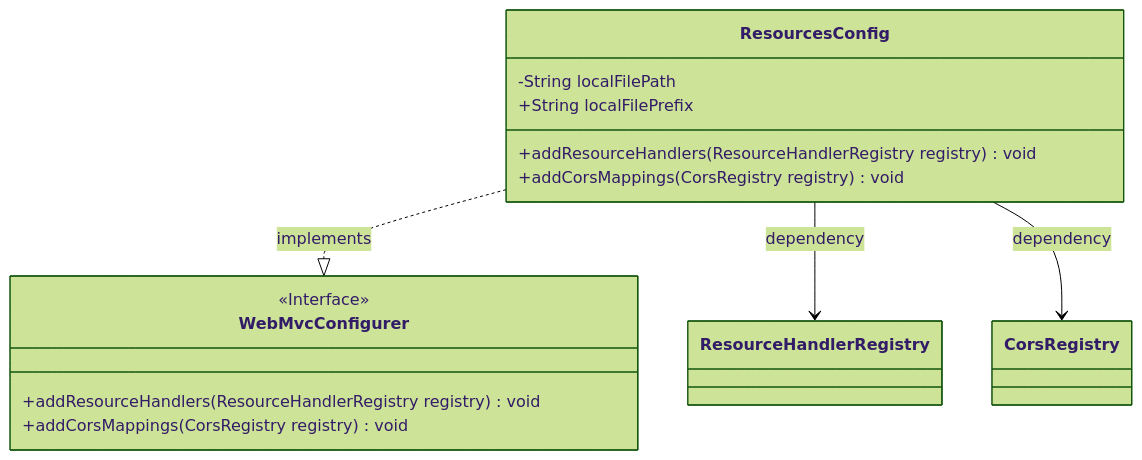
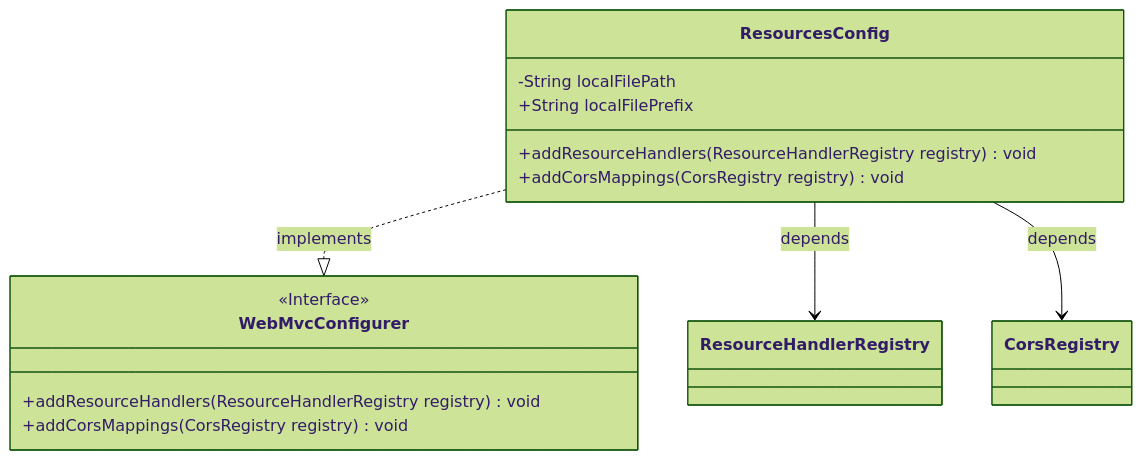
One commit to v-wjrong/imrrong_weixin-java-miniapp-demo changed the first of 2 diagrams in docs/en/docs/src/main/java/com/github/binarywang/demo/wx/miniapp/config/ResourcesConfig.md. Above: the diagram before and after it, drawn with Mermaid (forest theme). The commit also changed other lines of this file and 37 other files, not shown here.

````diff
--- a/docs/en/docs/src/main/java/com/github/binarywang/demo/wx/miniapp/config/ResourcesConfig.md
+++ b/docs/en/docs/src/main/java/com/github/binarywang/demo/wx/miniapp/config/ResourcesConfig.md
@@ -36,19 +36,19 @@
 ```mermaid
 classDiagram
     class ResourcesConfig {
         -String localFilePath
         +String localFilePrefix
         +addResourceHandlers(ResourceHandlerRegistry registry) void
         +addCorsMappings(CorsRegistry registry) void
     }
 
     class WebMvcConfigurer {
         <<Interface>>
         +addResourceHandlers(ResourceHandlerRegistry registry) void
         +addCorsMappings(CorsRegistry registry) void
     }
 
     ResourcesConfig ..|> WebMvcConfigurer : implements
-    ResourcesConfig --> ResourceHandlerRegistry : dependency
-    ResourcesConfig --> CorsRegistry : dependency
+    ResourcesConfig --> ResourceHandlerRegistry : depends
+    ResourcesConfig --> CorsRegistry : depends
 ```
````
